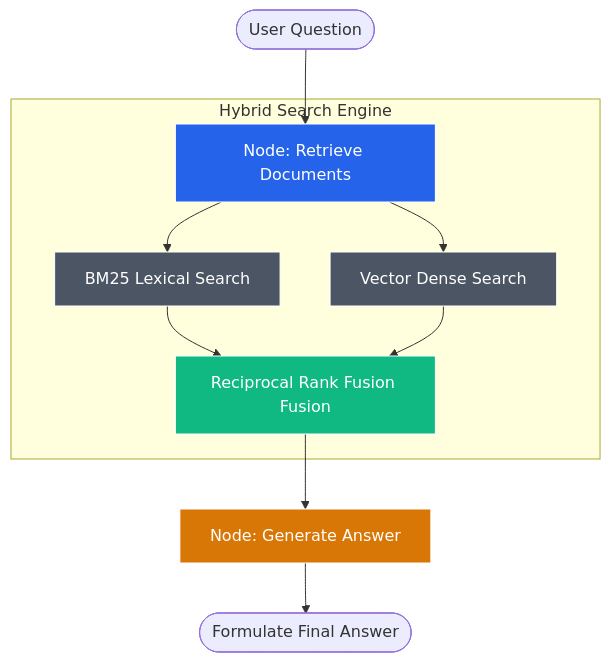
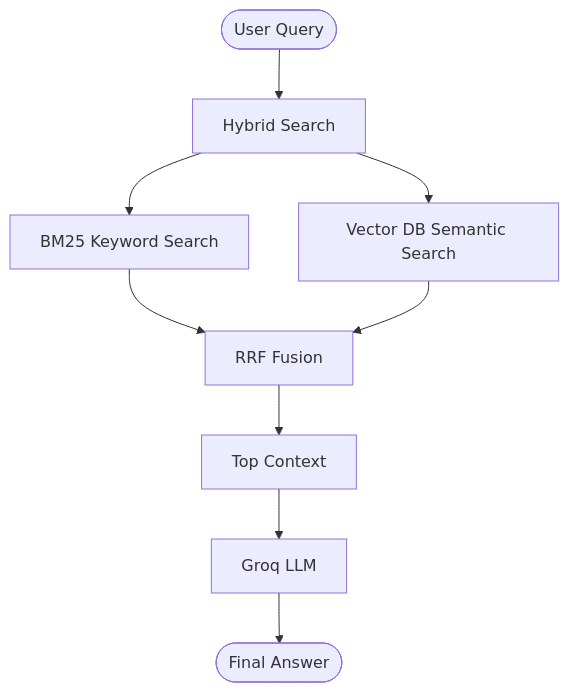
Before and after one commit to mohd-faizy/RAG-Design-Patterns: the diagram in 02_Hybrid_RAG/README.md, drawn with Mermaid. The commit also changed 3 other files, not shown here.

Commit message:
update readme diagrams

````diff
--- a/02_Hybrid_RAG/README.md
+++ b/02_Hybrid_RAG/README.md
@@ -21,20 +21,11 @@
 ```mermaid
 graph TD
-    Start([User Question]) --> Retrieve[Node: Retrieve Documents]
-    
-    subgraph Hybrid Search Engine
-    Retrieve --> BM25[BM25 Lexical Search]
-    Retrieve --> VectorDB[Vector Dense Search]
-    BM25 --> RRF[Reciprocal Rank Fusion Fusion]
-    VectorDB --> RRF
-    end
-    
-    RRF --> Generate[Node: Generate Answer]
-    Generate --> End([Formulate Final Answer])
-
-    style BM25 fill:#4B5563,stroke:#fff,color:#fff
-    style VectorDB fill:#4B5563,stroke:#fff,color:#fff
-    style RRF fill:#10B981,stroke:#fff,color:#fff
-    style Retrieve fill:#2563EB,stroke:#fff,color:#fff
-    style Generate fill:#D97706,stroke:#fff,color:#fff
+    Query([User Query]) --> Search[Hybrid Search]
+    Search --> BM25[BM25 Keyword Search]
+    Search --> Vector[Vector DB Semantic Search]
+    BM25 --> RRF[RRF Fusion]
+    Vector --> RRF
+    RRF --> TopContext[Top Context]
+    TopContext --> Groq[Groq LLM]
+    Groq --> FinalAnswer([Final Answer])
 ```
````
